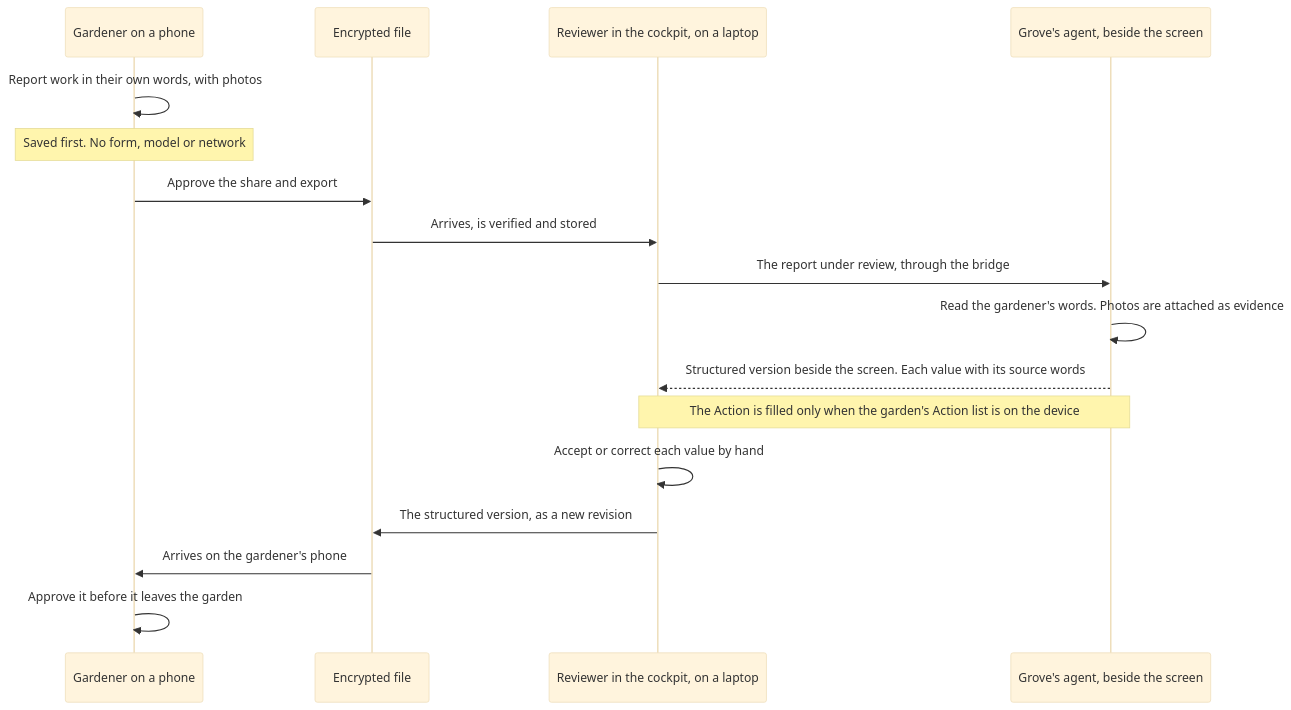
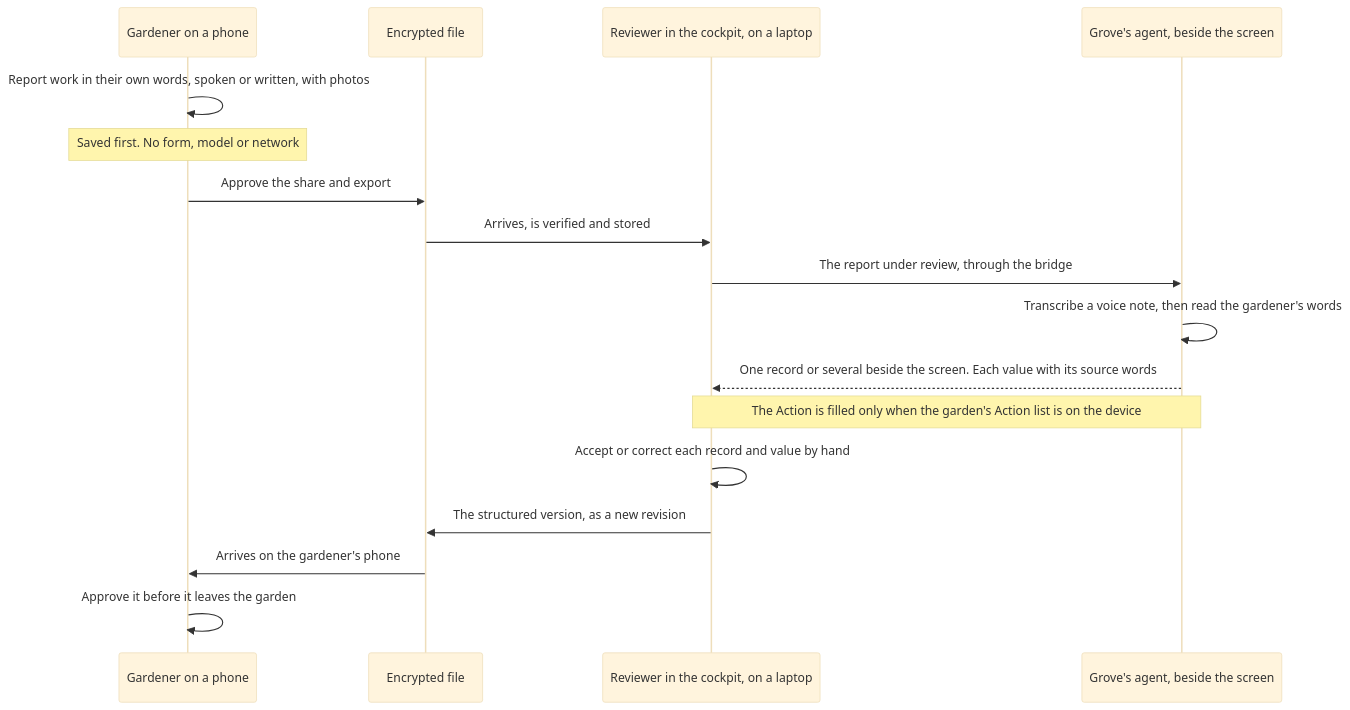
Before and after one commit to greenpill-dev-guild/green-goods: the fourth of 18 diagrams in .plans/ideas/grove/architecture-flows.md, drawn with Mermaid (base theme). The commit also changed other lines of this file and 8 other files, not shown here.

````diff
--- a/.plans/ideas/grove/architecture-flows.md
+++ b/.plans/ideas/grove/architecture-flows.md
@@ -100,19 +100,19 @@
 ```mermaid
 sequenceDiagram
   participant G as Gardener on a phone
   participant F as Encrypted file
   participant R as Reviewer in the cockpit, on a laptop
   participant A as Grove's agent, beside the screen
-  G->>G: Report work in their own words, with photos
+  G->>G: Report work in their own words, spoken or written, with photos
   Note over G: Saved first. No form, model or network
   G->>F: Approve the share and export
   F->>R: Arrives, is verified and stored
   R->>A: The report under review, through the bridge
-  A->>A: Read the gardener's words. Photos are attached as evidence
-  A-->>R: Structured version beside the screen. Each value with its source words
+  A->>A: Transcribe a voice note, then read the gardener's words
+  A-->>R: One record or several beside the screen. Each value with its source words
   Note over A,R: The Action is filled only when the garden's Action list is on the device
-  R->>R: Accept or correct each value by hand
+  R->>R: Accept or correct each record and value by hand
   R->>F: The structured version, as a new revision
   F->>G: Arrives on the gardener's phone
   G->>G: Approve it before it leaves the garden
 ```
````
